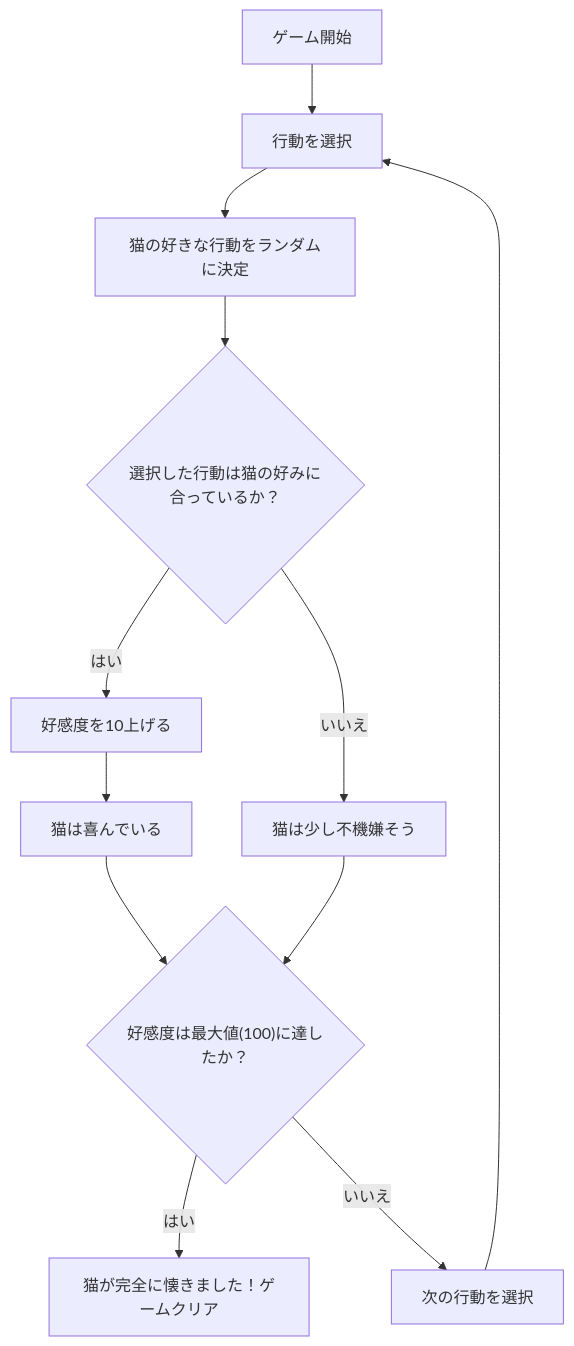
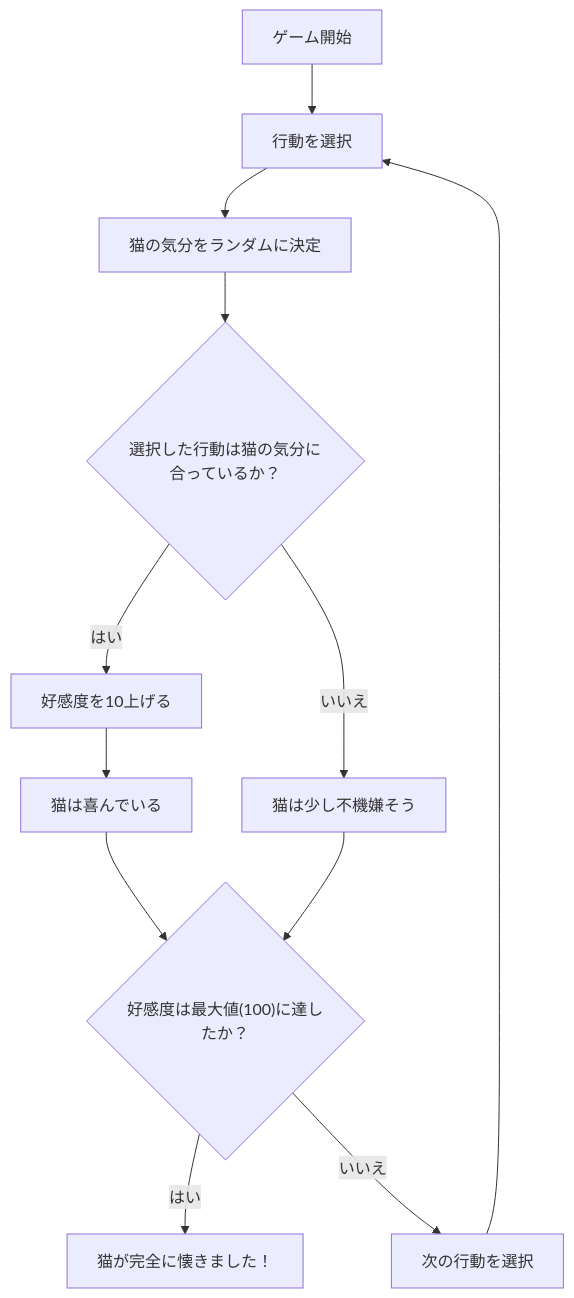
The third of 3 diagrams in README.md (yuka081227/webpro_06), drawn with Mermaid before and after one commit. The commit also changed other lines of this file, not shown here.

Commit message:
変更2

````diff
--- a/README.md
+++ b/README.md
@@ -89,25 +98,25 @@
 ```mermaid
 flowchart TD
 start["ゲーム開始"]
-selectAction["行動を選択"]
-determineFavorite["猫の好きな行動をランダムに決定"]
-checkMatch{"選択した行動は猫の好みに合っているか？"}
-increaseAffection["好感度を10上げる"]
-success["猫は喜んでいる"]
-failure["猫は少し不機嫌そう"]
-checkAffection{"好感度は最大値(100)に達したか？"}
-gameComplete["猫が完全に懐きました！ゲームクリア"]
-nextRound["次の行動を選択"]
+do["行動を選択"]
+feel["猫の気分をランダムに決定"]
+if{"選択した行動は猫の気分に合っているか？"}
+like["好感度を10上げる"]
+yes["猫は喜んでいる"]
+no["猫は少し不機嫌そう"]
+check{"好感度は最大値(100)に達したか？"}
+clear["猫が完全に懐きました！"]
+next["次の行動を選択"]
 
-start --> selectAction
-selectAction --> determineFavorite
-determineFavorite --> checkMatch
-checkMatch --> |はい| increaseAffection
-checkMatch --> |いいえ| failure
-increaseAffection --> success
-success --> checkAffection
-failure --> checkAffection
-checkAffection --> |はい| gameComplete
-checkAffection --> |いいえ| nextRound
-nextRound --> selectAction
+start --> do
+do --> feel
+feel --> if
+if --> |はい| like
+if --> |いいえ| no
+like --> yes
+yes --> check
+no --> check
+check --> |はい| clear
+check --> |いいえ| next
+next--> do
 ```
````
